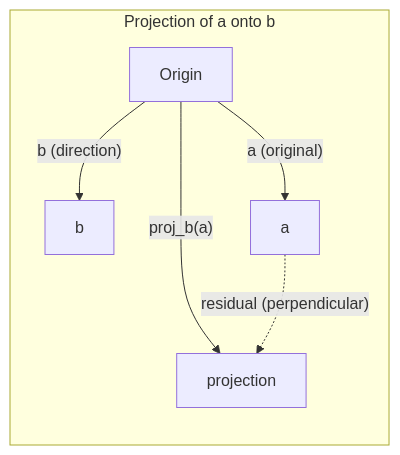
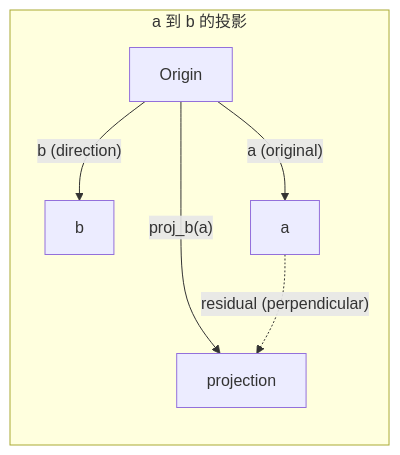
Before and after one commit to omigaZen/ai-engineering-from-scratch: the second of 2 diagrams in phases/01-math-foundations/01-linear-algebra-intuition/docs/zh.md, drawn with Mermaid. The commit also changed other lines of this file, not shown here.

````diff
--- a/phases/01-math-foundations/01-linear-algebra-intuition/docs/zh.md
+++ b/phases/01-math-foundations/01-linear-algebra-intuition/docs/zh.md
@@ -135,10 +135,10 @@
 ```mermaid
 graph LR
-    subgraph Projection["Projection of a onto b"]
+    subgraph Projection["a 到 b 的投影"]
         direction TB
         O["Origin"] --> |"b (direction)"| B["b"]
         O --> |"a (original)"| A["a"]
         O --> |"proj_b(a)"| P["projection"]
         A -.-> |"residual (perpendicular)"| P
     end
 ```
````
